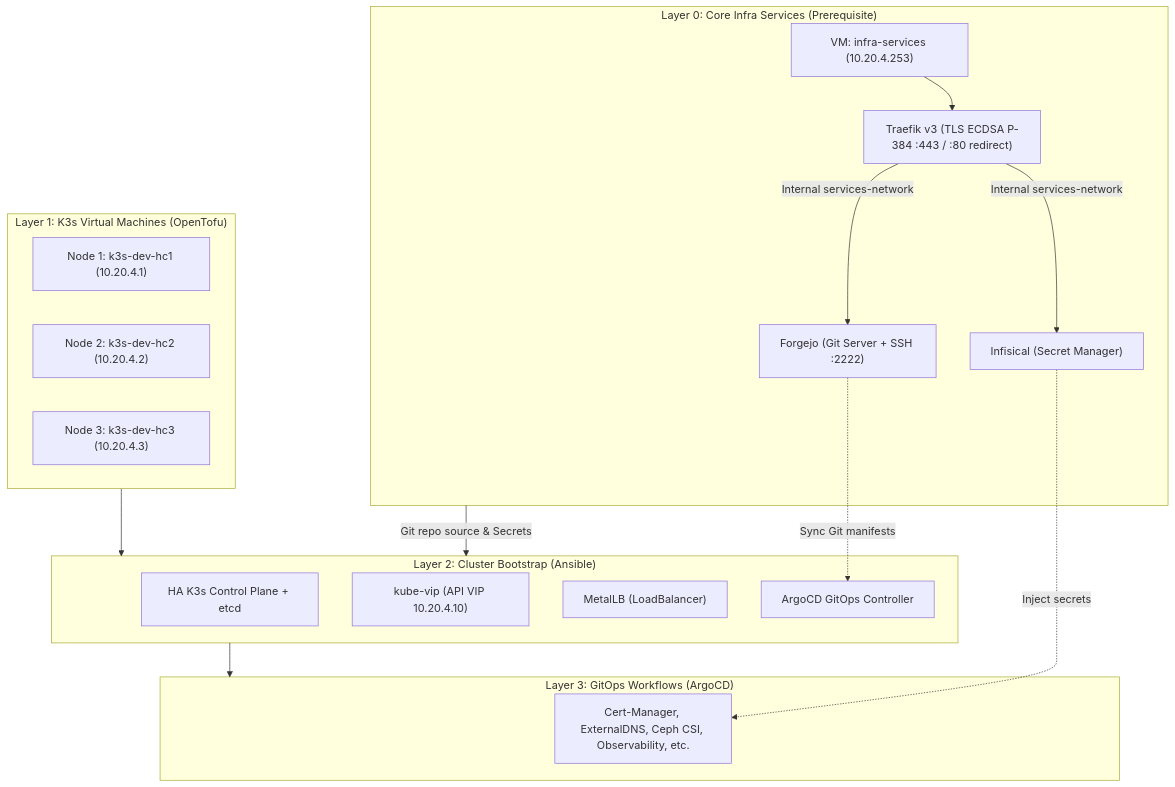
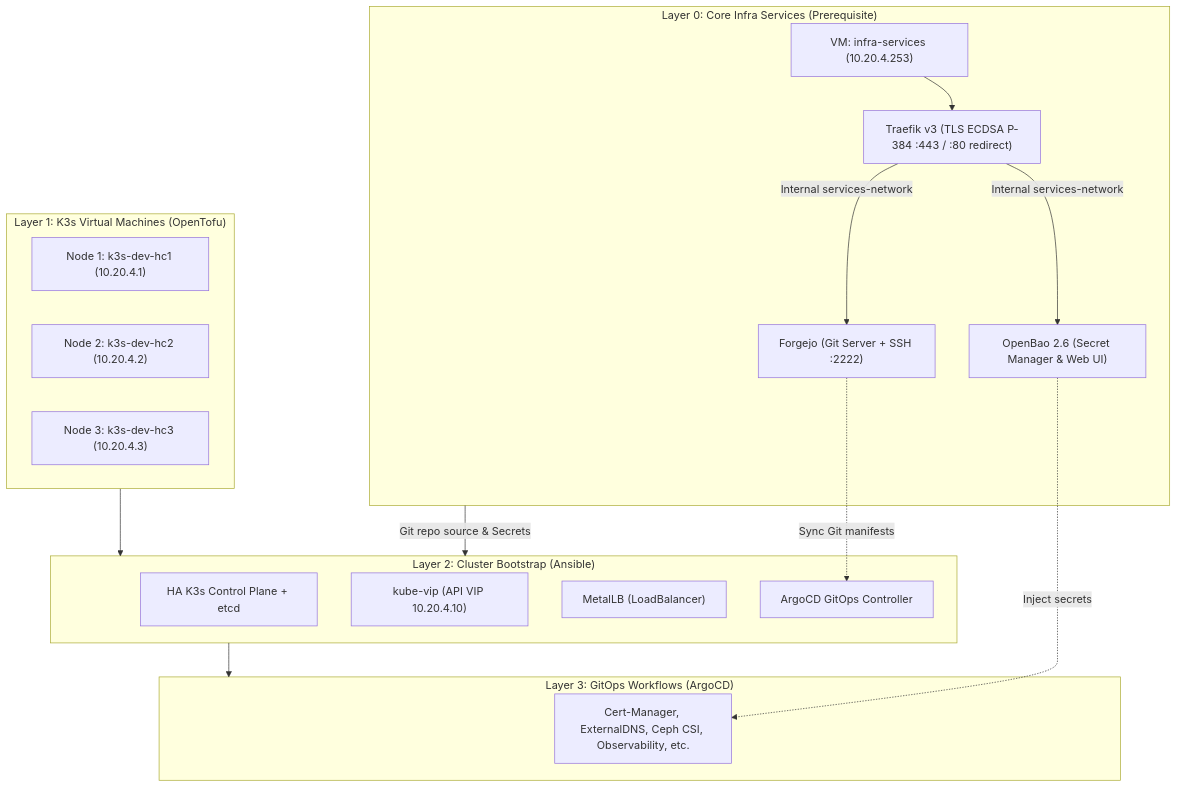
The diagram in README.md (MrCaptainDartz/k3s-cluster), drawn with Mermaid before and after one commit. The commit also changed other lines of this file and 29 other files, not shown here.

Commit message:
refactor: replace Infisical with OpenBao service deployment in Ansible and update Terraform configurations.

````diff
--- a/README.md
+++ b/README.md
@@ -13,35 +13,35 @@
 ```mermaid
 flowchart TD
     subgraph Layer0["Layer 0: Core Infra Services (Prerequisite)"]
         VM0["VM: infra-services (10.20.4.253)"]
         TRF["Traefik v3 (TLS ECDSA P-384 :443 / :80 redirect)"]
         FJ["Forgejo (Git Server + SSH :2222)"]
-        INF["Infisical (Secret Manager)"]
+        BAO["OpenBao 2.6 (Secret Manager & Web UI)"]
         VM0 --> TRF
         TRF -->|Internal services-network| FJ
-        TRF -->|Internal services-network| INF
+        TRF -->|Internal services-network| BAO
     end
 
     subgraph Layer1["Layer 1: K3s Virtual Machines (OpenTofu)"]
         HC1["Node 1: k3s-dev-hc1 (10.20.4.1)"]
         HC2["Node 2: k3s-dev-hc2 (10.20.4.2)"]
         HC3["Node 3: k3s-dev-hc3 (10.20.4.3)"]
     end
 
     subgraph Layer2["Layer 2: Cluster Bootstrap (Ansible)"]
         K3S["HA K3s Control Plane + etcd"]
         VIP["kube-vip (API VIP 10.20.4.10)"]
         MLB["MetalLB (LoadBalancer)"]
         ARGO["ArgoCD GitOps Controller"]
     end
 
     subgraph Layer3["Layer 3: GitOps Workflows (ArgoCD)"]
         APPS["Cert-Manager, ExternalDNS, Ceph CSI, Observability, etc."]
     end
 
     Layer0 -->|Git repo source & Secrets| Layer2
     Layer1 --> Layer2
     Layer2 --> Layer3
     FJ -.->|Sync Git manifests| ARGO
-    INF -.->|Inject secrets| APPS
+    BAO -.->|Inject secrets| APPS
 ```
````
